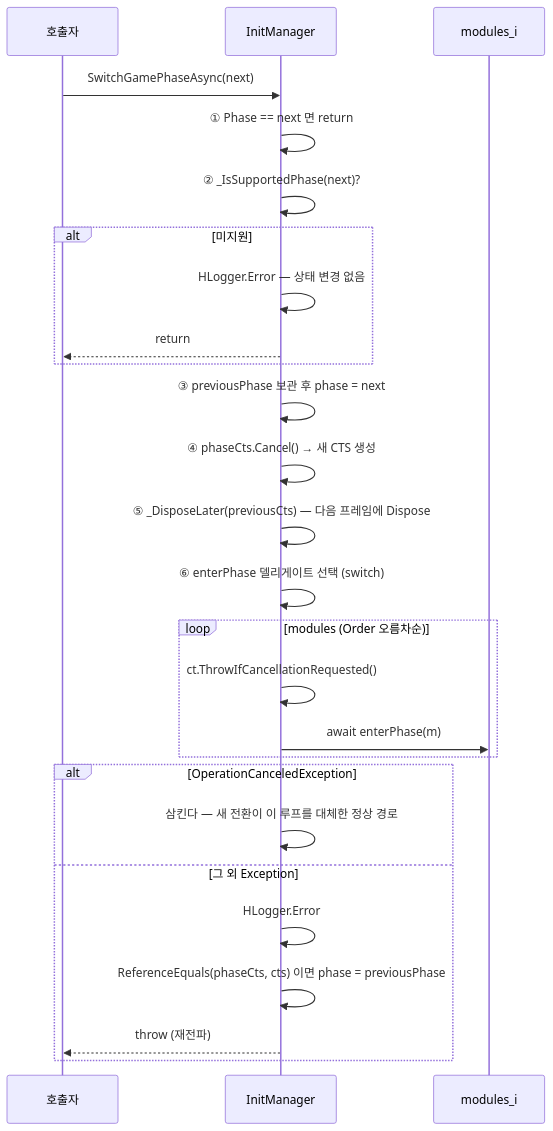
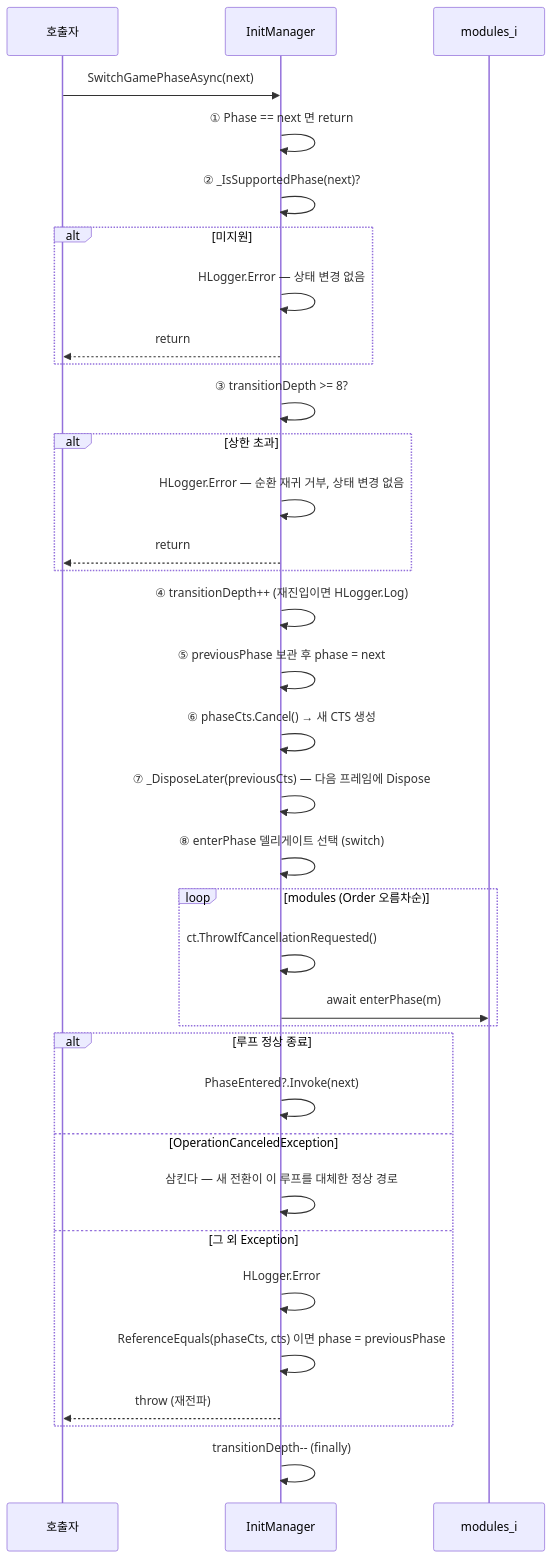
The fourth of 5 diagrams in HGame/docs/InitModule.md (HoHong123/HCUP-Unity), drawn with Mermaid before and after one commit. The commit also changed other lines of this file, not shown here.

````diff
--- a/HGame/docs/InitModule.md
+++ b/HGame/docs/InitModule.md
@@ -185,29 +193,38 @@
 ```mermaid
 sequenceDiagram
     participant C as 호출자
     participant IM as InitManager
     participant M as modules_i
 
     C->>IM: SwitchGamePhaseAsync(next)
     IM->>IM: ① Phase == next 면 return
     IM->>IM: ② _IsSupportedPhase(next)?
     alt 미지원
         IM->>IM: HLogger.Error — 상태 변경 없음
         IM-->>C: return
     end
-    IM->>IM: ③ previousPhase 보관 후 phase = next
-    IM->>IM: ④ phaseCts.Cancel() → 새 CTS 생성
-    IM->>IM: ⑤ _DisposeLater(previousCts) — 다음 프레임에 Dispose
-    IM->>IM: ⑥ enterPhase 델리게이트 선택 (switch)
+    IM->>IM: ③ transitionDepth >= 8?
+    alt 상한 초과
+        IM->>IM: HLogger.Error — 순환 재귀 거부, 상태 변경 없음
+        IM-->>C: return
+    end
+    IM->>IM: ④ transitionDepth++ (재진입이면 HLogger.Log)
+    IM->>IM: ⑤ previousPhase 보관 후 phase = next
+    IM->>IM: ⑥ phaseCts.Cancel() → 새 CTS 생성
+    IM->>IM: ⑦ _DisposeLater(previousCts) — 다음 프레임에 Dispose
+    IM->>IM: ⑧ enterPhase 델리게이트 선택 (switch)
     loop modules (Order 오름차순)
         IM->>IM: ct.ThrowIfCancellationRequested()
         IM->>M: await enterPhase(m)
     end
-    alt OperationCanceledException
+    alt 루프 정상 종료
+        IM->>IM: PhaseEntered?.Invoke(next)
+    else OperationCanceledException
         IM->>IM: 삼킨다 — 새 전환이 이 루프를 대체한 정상 경로
     else 그 외 Exception
         IM->>IM: HLogger.Error
         IM->>IM: ReferenceEquals(phaseCts, cts) 이면 phase = previousPhase
         IM-->>C: throw (재전파)
     end
+    IM->>IM: transitionDepth-- (finally)
 ```
````
